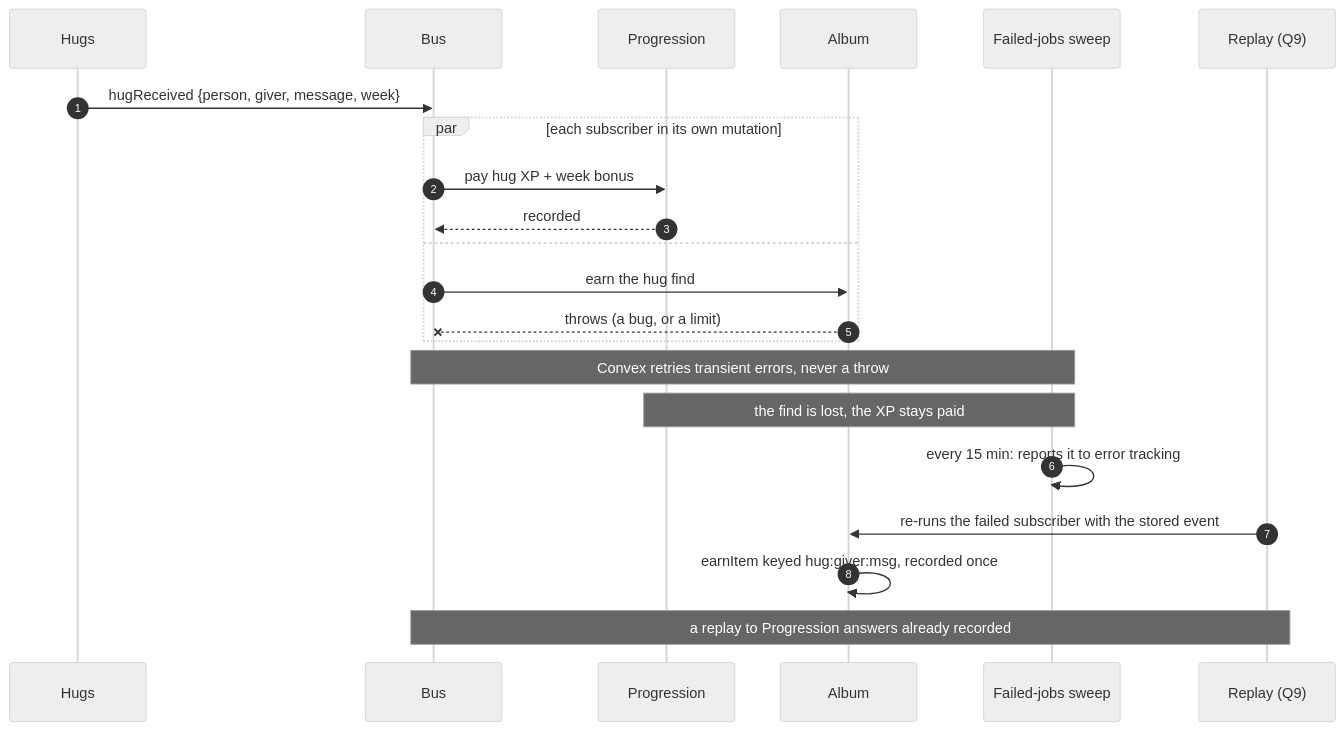
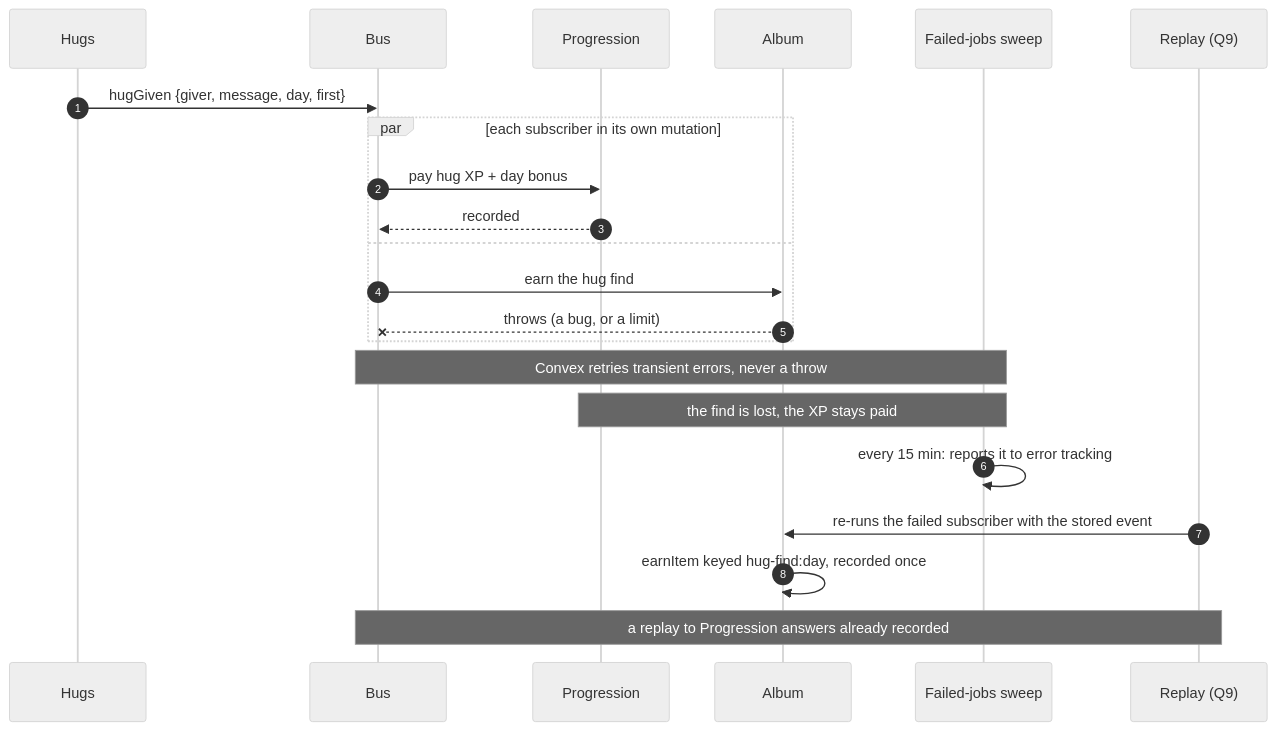
One commit to Silthus/kudos changed the diagram in docs/architecture/hugs-hook/failure.mmd. Above: the diagram before and after it, drawn with Mermaid (neutral theme). The commit also changed 13 other files, not shown here.

First line of the commit message:
Draw the hug find on hugGiven in the diagrams, and check the crossings against the allowlist in one equality

```diff
--- a/docs/architecture/hugs-hook/failure.mmd
+++ b/docs/architecture/hugs-hook/failure.mmd
@@ -1,22 +1,22 @@
 sequenceDiagram
   autonumber
   participant H as Hugs
   participant B as Bus
   participant P as Progression
   participant A as Album
   participant X as Failed-jobs sweep
   participant R as Replay (Q9)
-  H->>B: hugReceived {person, giver, message, week}
+  H->>B: hugGiven {giver, message, day, first}
   par each subscriber in its own mutation
-    B->>P: pay hug XP + week bonus
+    B->>P: pay hug XP + day bonus
     P-->>B: recorded
   and
     B->>A: earn the hug find
     A--xB: throws (a bug, or a limit)
   end
   Note over B,X: Convex retries transient errors, never a throw
   Note over P,X: the find is lost, the XP stays paid
   X->>X: every 15 min: reports it to error tracking
   R->>A: re-runs the failed subscriber with the stored event
-  A->>A: earnItem keyed hug:giver:msg, recorded once
+  A->>A: earnItem keyed hug-find:day, recorded once
   Note over B,R: a replay to Progression answers already recorded
```
